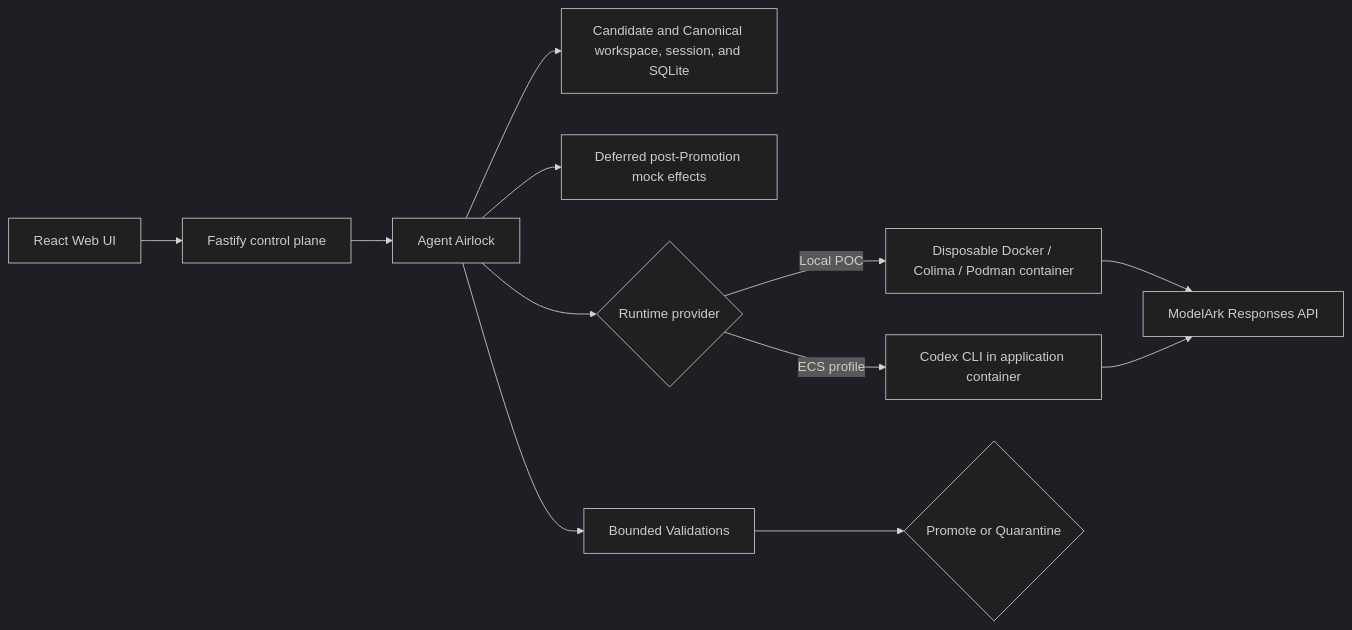
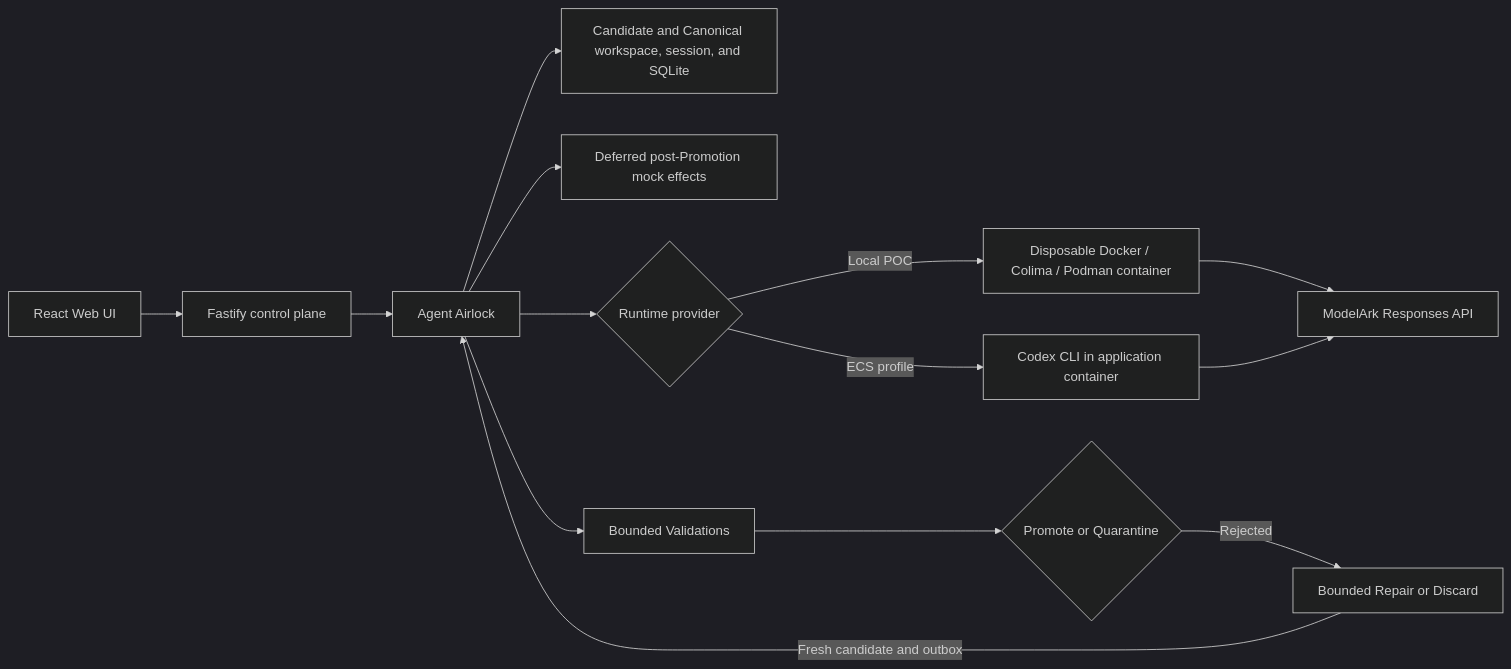
One commit to Kk120306/agent-airlock changed the diagram in README.md. Above: the diagram before and after it, drawn with Mermaid (dark theme). The commit also changed other lines of this file and 31 other files, not shown here.

````diff
--- a/README.md
+++ b/README.md
@@ -228,14 +231,16 @@
 ```mermaid
 flowchart LR
     UI["React Web UI"] --> API["Fastify control plane"]
     API --> Airlock["Agent Airlock"]
     Airlock --> Store["Candidate and Canonical workspace, session, and SQLite"]
     Airlock --> Effects["Deferred post-Promotion mock effects"]
     Airlock --> Runtime{"Runtime provider"}
     Runtime -->|Local POC| Container["Disposable Docker / Colima / Podman container"]
     Runtime -->|ECS profile| Codex["Codex CLI in application container"]
     Airlock --> Validate["Bounded Validations"]
     Validate --> Decision{"Promote or Quarantine"}
+    Decision -->|Rejected| Repair["Bounded Repair or Discard"]
+    Repair -->|Fresh candidate and outbox| Airlock
     Container --> Ark["ModelArk Responses API"]
     Codex --> Ark
 ```
````
